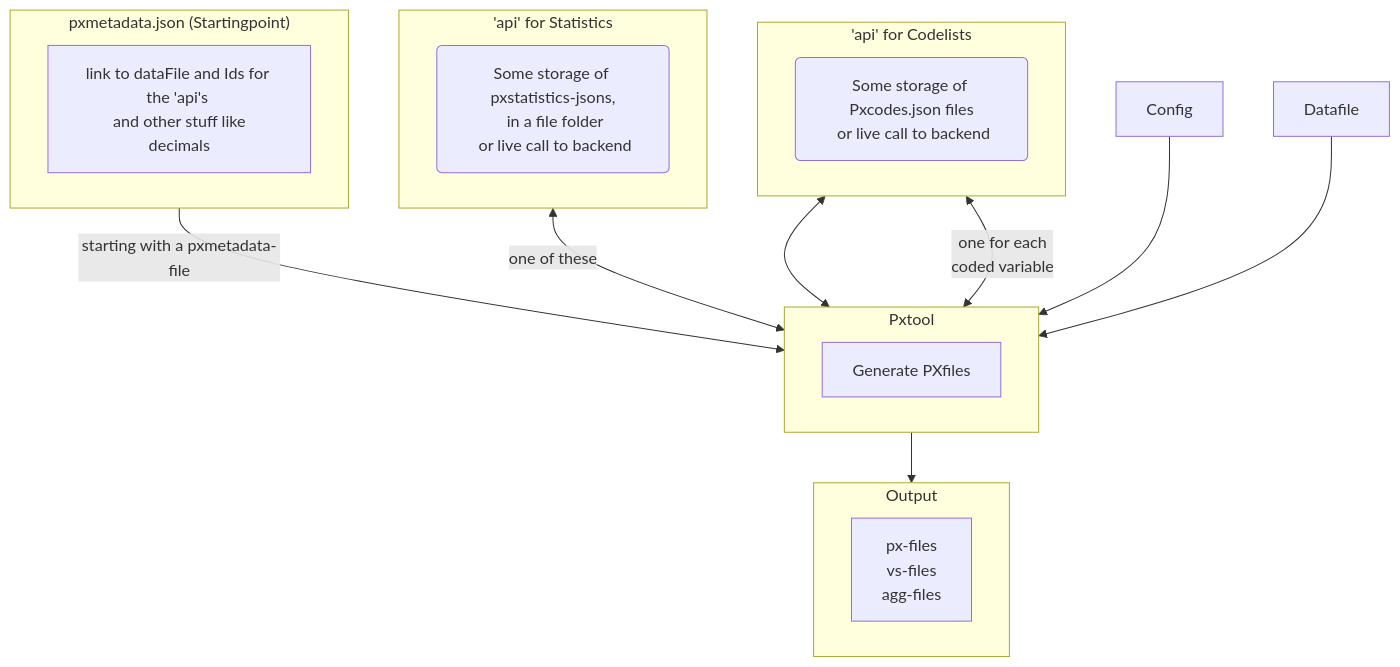
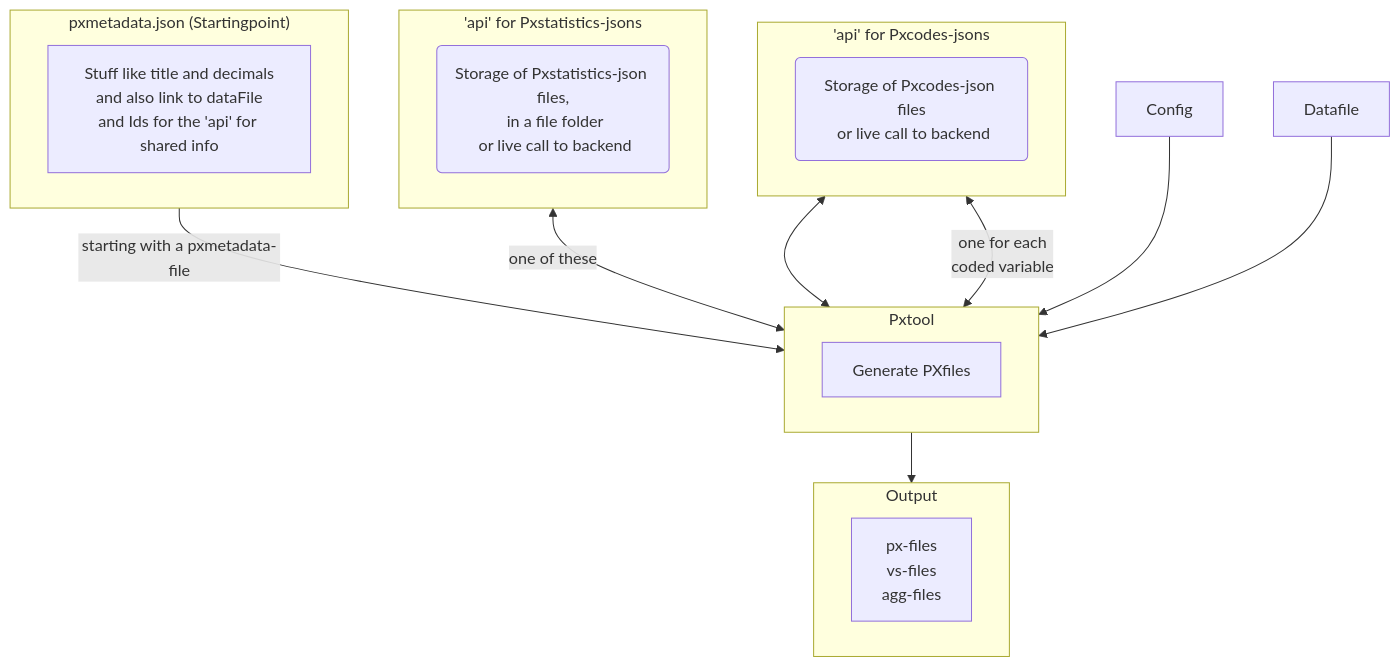
One commit to PxTools/PxBuild changed the diagram in README.md. Above: the diagram before and after it, drawn with Mermaid.

````diff
--- a/README.md
+++ b/README.md
@@ -20,27 +20,27 @@
 ```mermaid
 flowchart TD
    subgraph M["pxmetadata.json (Startingpoint)"]
-     M1["link to dataFile and Ids for the 'api's \n and other stuff like decimals"]
+     M1["Stuff like title and decimals\n and also link to dataFile and Ids for the 'api' for shared info"]
    end 
-   subgraph S["'api' for Statistics"]
-     PX_SR("Some storage of pxstatistics-jsons,\n in a file folder\n or live call to backend")
+   subgraph S["'api' for Pxstatistics-jsons"]
+     PX_SR("Storage of Pxstatistics-json files,\n in a file folder\n or live call to backend")
    end
-   subgraph C["'api' for Codelists"]
-     D("Some storage of Pxcodes.json files\n or live call to backend")
+   subgraph C["'api' for Pxcodes-jsons"]
+     D("Storage of Pxcodes-json files\n or live call to backend")
    end
 
    subgraph T["Pxtool"]
      T1["Generate PXfiles"]
    end
    subgraph O["Output"]
      O1["px-files \n vs-files \n agg-files"]
    end
    M --> |starting with a pxmetadata-file| T
    S <--> | one of these| T
    C <--> T
    C <--> | one for each\n coded variable | T
    Config --> T
    Datafile --> T
    T --> O
 
 ``` 
````
